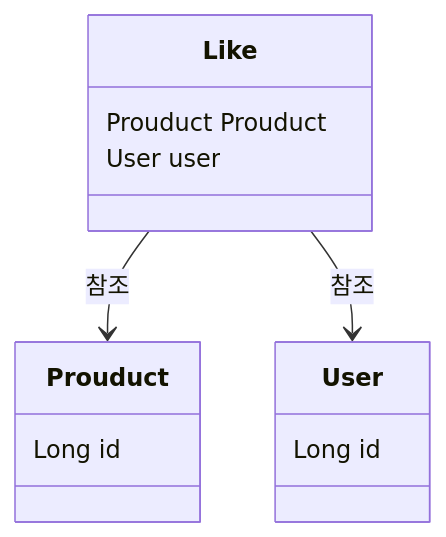
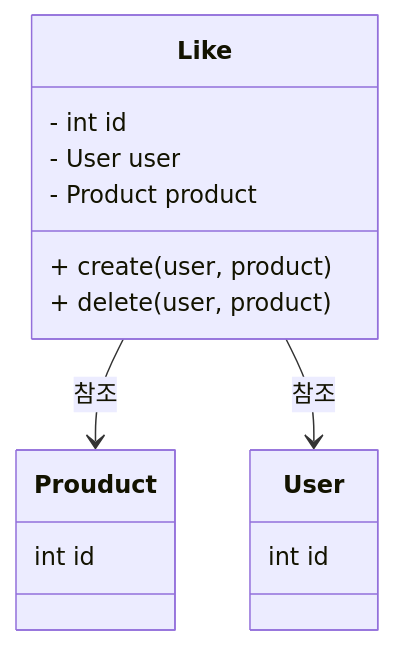
The first of 2 diagrams in docs/design/03-class-diagrams-detail/Like.md (simbokyung98/loopers-ecommerce-system), drawn with Mermaid before and after one commit. The commit also changed other lines of this file and 4 other files, not shown here.

Commit message:
fix : 클래스 다이어그램 도메인 역할 수정

````diff
--- a/docs/design/03-class-diagrams-detail/Like.md
+++ b/docs/design/03-class-diagrams-detail/Like.md
@@ -2,16 +2,19 @@
 ```mermaid 
     classDiagram
     class Prouduct{
-    Long id
+     int id
     }
     class User{
-    Long id
+        int id
     }
     class Like{
-    Prouduct Prouduct
-    User user
+        - int id
+        - User user
+        - Product product
+        + create(user, product)
+        + delete(user, product)
     }
     
         Like --> Prouduct : 참조
         Like --> User : 참조
 ```
````
